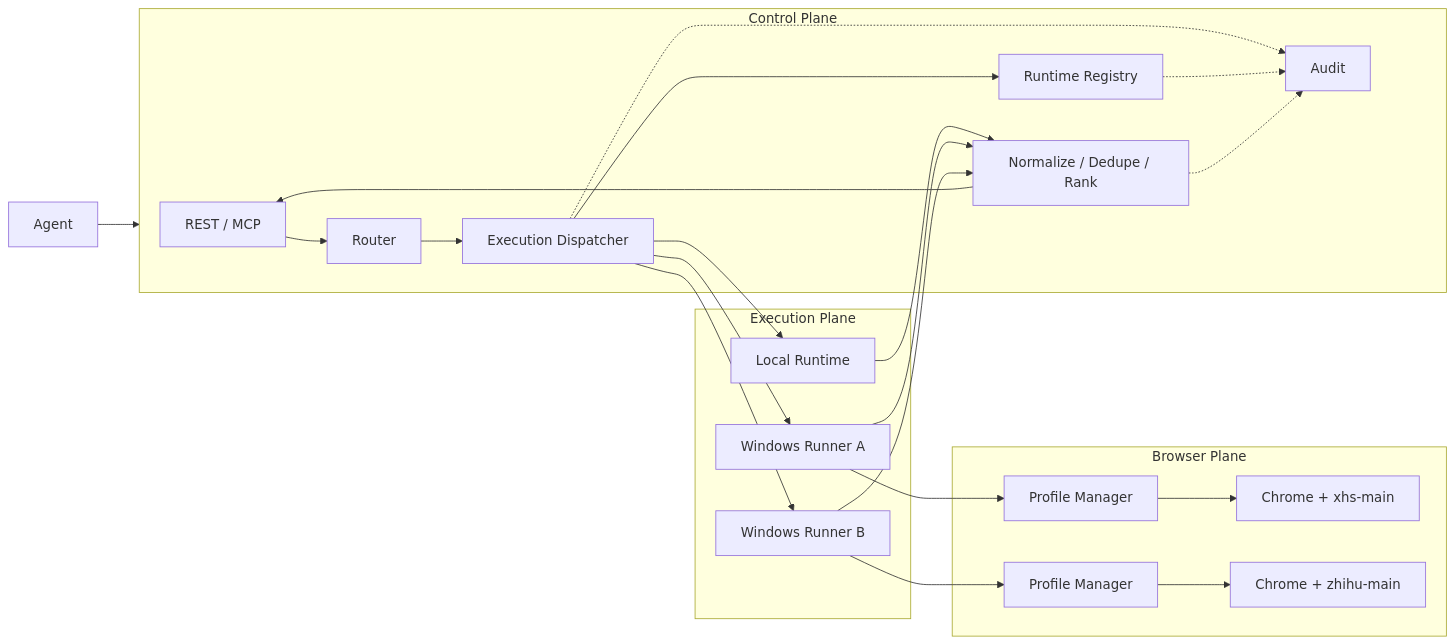
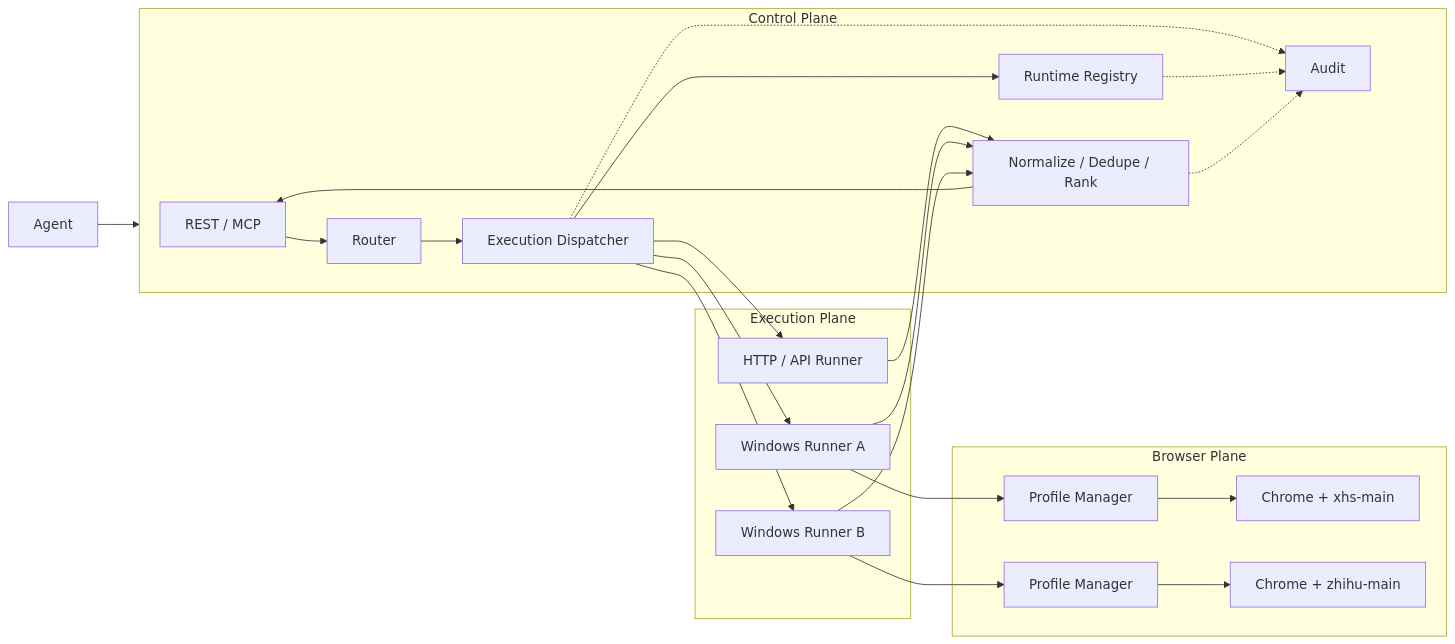
One commit to xuzhen97/Aylens changed diagram 24 of 24 in ARCHITECTURE.md. Above: the diagram before and after it, drawn with Mermaid. The commit also changed other lines of this file and 38 other files, not shown here.

````diff
--- a/ARCHITECTURE.md
+++ b/ARCHITECTURE.md
@@ -3687,44 +3693,44 @@
 ```mermaid
 flowchart LR
     A["Agent"] --> CP
 
     subgraph CP["Control Plane"]
         API["REST / MCP"]
         R["Router"]
         D["Execution Dispatcher"]
         RR["Runtime Registry"]
         N["Normalize / Dedupe / Rank"]
         AU["Audit"]
     end
 
     subgraph EP["Execution Plane"]
-        LR["Local Runtime"]
+        WR0["HTTP / API Runner"]
         WR1["Windows Runner A"]
         WR2["Windows Runner B"]
     end
 
     subgraph BP["Browser Plane"]
         PM1["Profile Manager"]
         C1["Chrome + xhs-main"]
         PM2["Profile Manager"]
         C2["Chrome + zhihu-main"]
     end
 
     API --> R --> D
     D --> RR
-    D --> LR
+    D --> WR0
     D --> WR1
     D --> WR2
 
     WR1 --> PM1 --> C1
     WR2 --> PM2 --> C2
 
-    LR --> N
+    WR0 --> N
     WR1 --> N
     WR2 --> N
     N --> API
 
     D -.-> AU
     RR -.-> AU
     N -.-> AU
 ```
````
